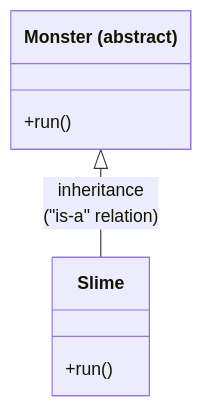
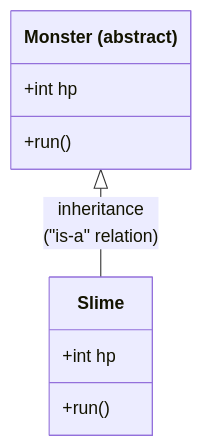
The second of 2 diagrams in chapter6/Class.md (naorex/Sukkiri_Java_beginner), drawn with Mermaid before and after one commit. The commit also changed 6 other files, not shown here.

````diff
--- a/chapter6/Class.md
+++ b/chapter6/Class.md
@@ -43,14 +43,16 @@
 ```mermaid
 classDiagram
 
 class Monster["Monster (abstract)"]{
+    +int hp
     +run()
 }
 
 class Slime{
+    +int hp
     +run()
 }
 
 Monster <|-- Slime : inheritance</br>("is-a" relation)
 
 ```
````
